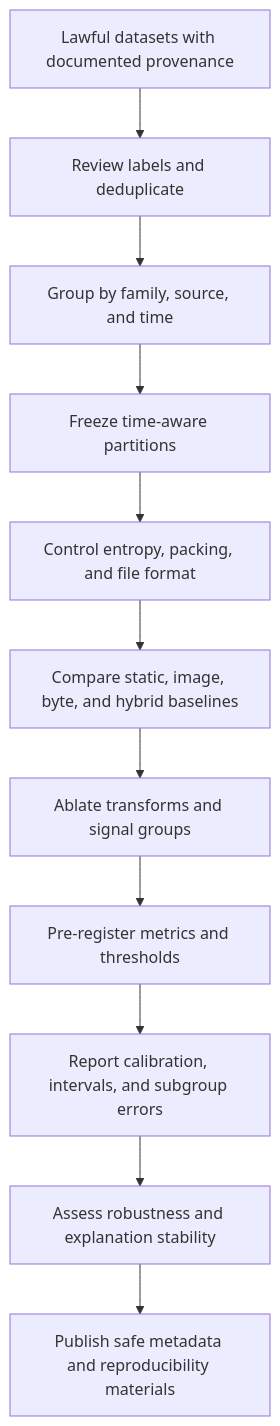
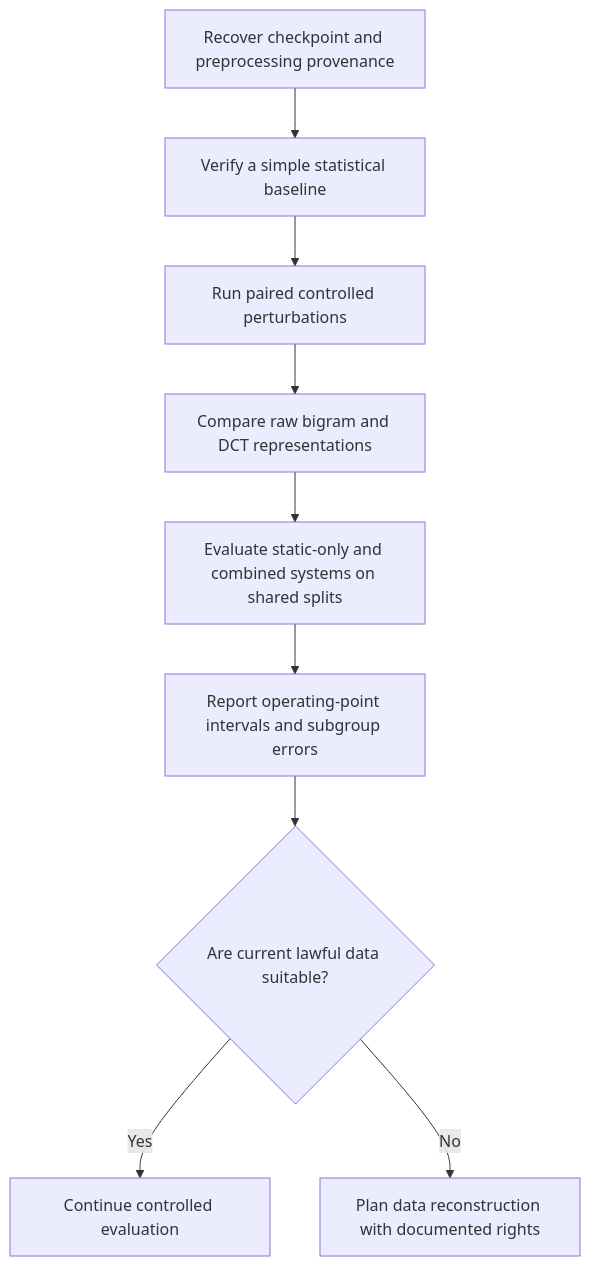
The sixth of 6 diagrams in docs/figures.md (Ahsan-Salamat/ThreatVision-Research), drawn with Mermaid before and after one commit. The commit also changed other lines of this file and 18 other files, not shown here.

````diff
--- a/docs/figures.md
+++ b/docs/figures.md
@@ -105,13 +105,11 @@
 ```mermaid
 flowchart TD
-    A[Lawful datasets with documented provenance] --> B[Review labels and deduplicate]
-    B --> C[Group by family, source, and time]
-    C --> D[Freeze time-aware partitions]
-    D --> E[Control entropy, packing, and file format]
-    E --> F[Compare static, image, byte, and hybrid baselines]
-    F --> G[Ablate transforms and signal groups]
-    G --> H[Pre-register metrics and thresholds]
-    H --> I[Report calibration, intervals, and subgroup errors]
-    I --> J[Assess robustness and explanation stability]
-    J --> K[Publish safe metadata and reproducibility materials]
+    A[Recover checkpoint and preprocessing provenance] --> B[Verify a simple statistical baseline]
+    B --> C[Run paired controlled perturbations]
+    C --> D[Compare raw bigram and DCT representations]
+    D --> E[Evaluate static-only and combined systems on shared splits]
+    E --> F[Report operating-point intervals and subgroup errors]
+    F --> G{Are current lawful data suitable?}
+    G -->|Yes| H[Continue controlled evaluation]
+    G -->|No| I[Plan data reconstruction with documented rights]
 ```
````
